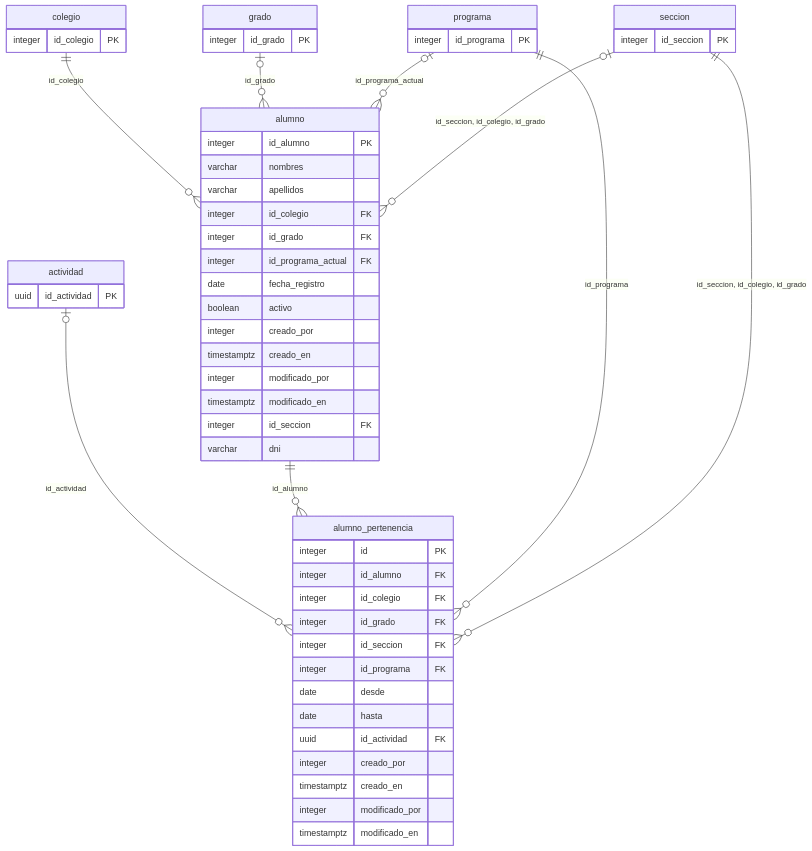
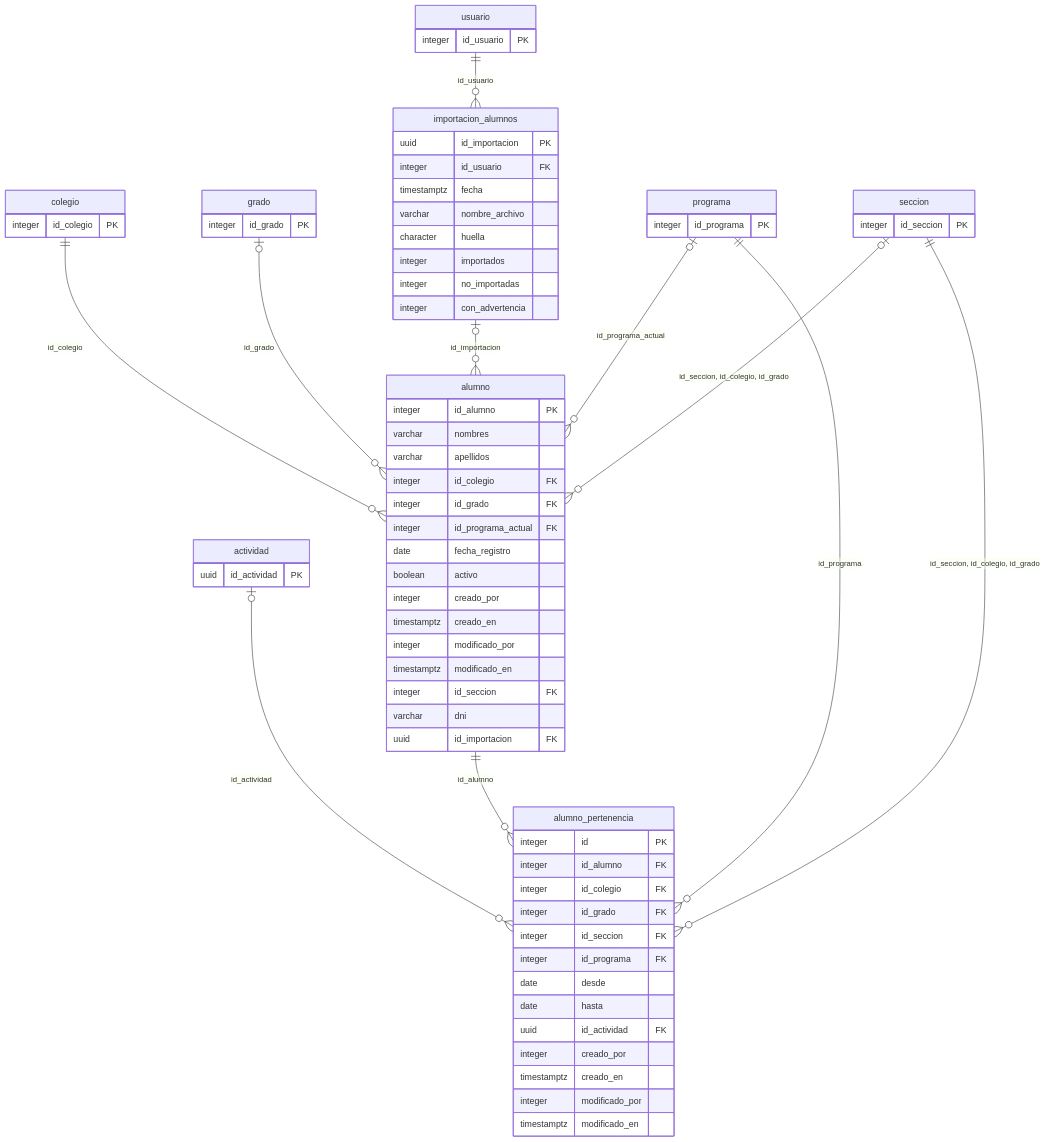
The third of 10 diagrams in docs/base-de-datos.md (mision-huascaran/BCK-HUASCARAN), drawn with Mermaid before and after one commit. The commit also changed other lines of this file and 19 other files, not shown here.

````diff
--- a/docs/base-de-datos.md
+++ b/docs/base-de-datos.md
@@ -748,57 +751,73 @@
 ```mermaid
 erDiagram
     alumno {
         integer id_alumno PK
         varchar nombres
         varchar apellidos
         integer id_colegio FK
         integer id_grado FK
         integer id_programa_actual FK
         date fecha_registro
         boolean activo
         integer creado_por
         timestamptz creado_en
         integer modificado_por
         timestamptz modificado_en
         integer id_seccion FK
         varchar dni
+        uuid id_importacion FK
     }
     alumno_pertenencia {
         integer id PK
         integer id_alumno FK
         integer id_colegio FK
         integer id_grado FK
         integer id_seccion FK
         integer id_programa FK
         date desde
         date hasta
         uuid id_actividad FK
         integer creado_por
         timestamptz creado_en
         integer modificado_por
         timestamptz modificado_en
     }
+    importacion_alumnos {
+        uuid id_importacion PK
+        integer id_usuario FK
+        timestamptz fecha
+        varchar nombre_archivo
+        character huella
+        integer importados
+        integer no_importadas
+        integer con_advertencia
+    }
     actividad {
         uuid id_actividad PK
     }
     colegio {
         integer id_colegio PK
     }
     grado {
         integer id_grado PK
     }
     programa {
         integer id_programa PK
     }
     seccion {
         integer id_seccion PK
     }
+    usuario {
+        integer id_usuario PK
+    }
     colegio ||--o{ alumno : "id_colegio"
     grado |o--o{ alumno : "id_grado"
+    importacion_alumnos |o--o{ alumno : "id_importacion"
     programa |o--o{ alumno : "id_programa_actual"
     seccion |o--o{ alumno : "id_seccion, id_colegio, id_grado"
     actividad |o--o{ alumno_pertenencia : "id_actividad"
     alumno ||--o{ alumno_pertenencia : "id_alumno"
     programa ||--o{ alumno_pertenencia : "id_programa"
     seccion ||--o{ alumno_pertenencia : "id_seccion, id_colegio, id_grado"
+    usuario ||--o{ importacion_alumnos : "id_usuario"
 ```
````
